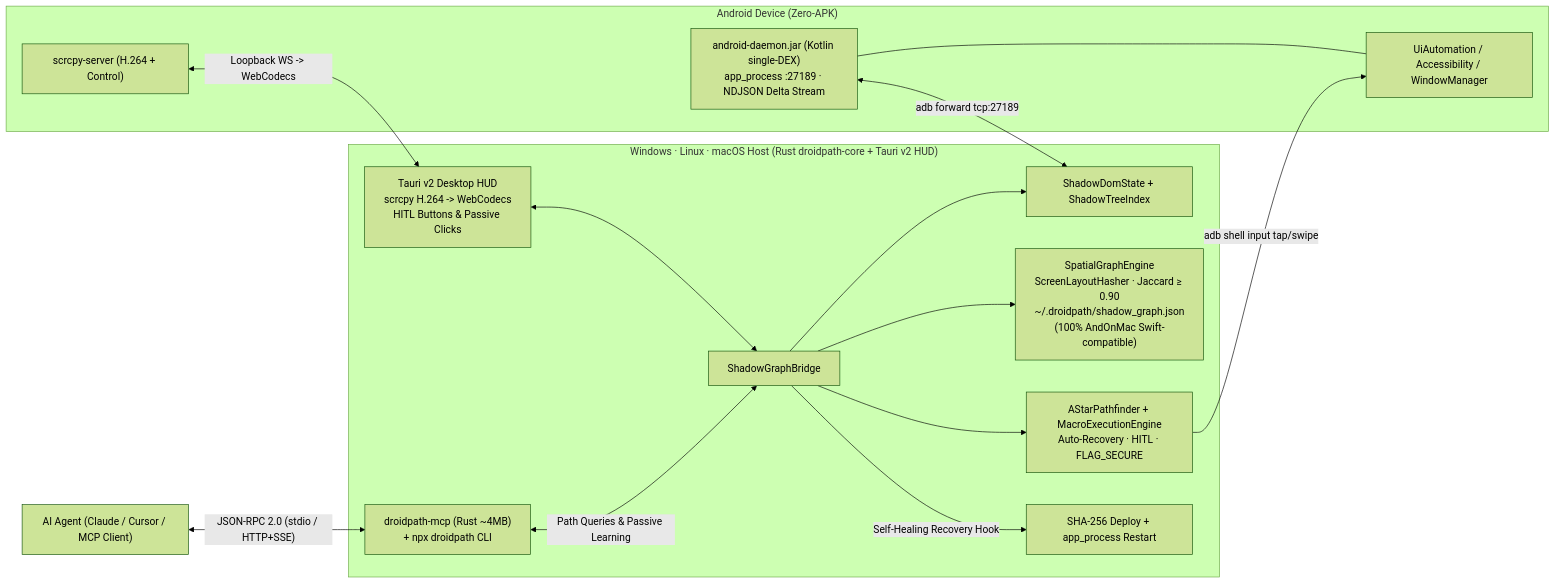
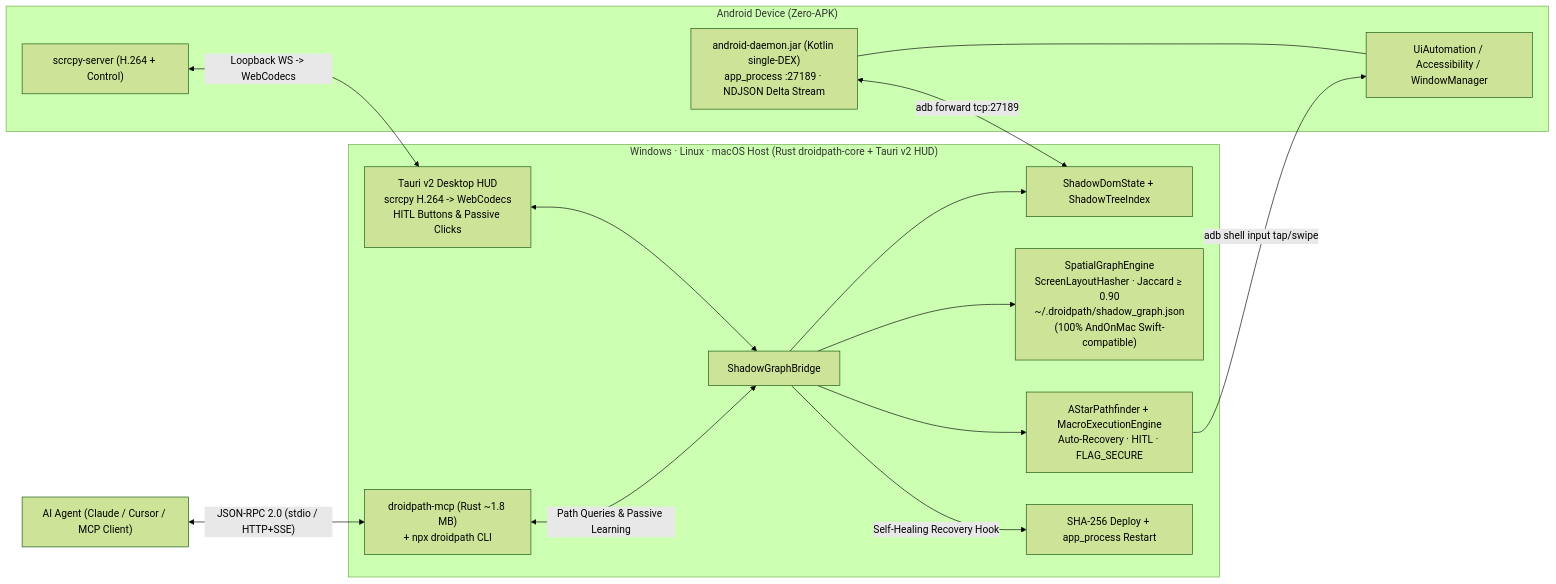
Before and after one commit to V0val0x/DroidPath: the diagram in README.md, drawn with Mermaid (forest theme). The commit also changed other lines of this file and 5 other files, not shown here.

````diff
--- a/README.md
+++ b/README.md
@@ -55,24 +55,24 @@
 ```mermaid
 flowchart LR
-    Agent["AI Agent (Claude / Cursor / MCP Client)"] <-->|"JSON-RPC 2.0 (stdio / HTTP+SSE)"| CLI["droidpath-mcp (Rust ~4MB)\n+ npx droidpath CLI"]
+    Agent["AI Agent (Claude / Cursor / MCP Client)"] <-->|"JSON-RPC 2.0 (stdio / HTTP+SSE)"| CLI["droidpath-mcp (Rust ~1.8 MB)\n+ npx droidpath CLI"]
 
     subgraph Host["Windows · Linux · macOS Host (Rust droidpath-core + Tauri v2 HUD)"]
         CLI <-->|"Path Queries & Passive Learning"| Bridge["ShadowGraphBridge"]
         HUD["Tauri v2 Desktop HUD\nscrcpy H.264 -> WebCodecs\nHITL Buttons & Passive Clicks"] <--> Bridge
         Bridge --> DOM["ShadowDomState + ShadowTreeIndex"]
         Bridge --> Graph["SpatialGraphEngine\nScreenLayoutHasher · Jaccard ≥ 0.90\n~/.droidpath/shadow_graph.json\n(100% AndOnMac Swift-compatible)"]
         Bridge --> AStar["AStarPathfinder + MacroExecutionEngine\nAuto-Recovery · HITL · FLAG_SECURE"]
         Bridge -->|"Self-Healing Recovery Hook"| Recovery["SHA-256 Deploy + app_process Restart"]
     end
 
     subgraph Android["Android Device (Zero-APK)"]
         Daemon["android-daemon.jar (Kotlin single-DEX)\napp_process :27189 · NDJSON Delta Stream"]
         Scrcpy["scrcpy-server (H.264 + Control)"]
         Sys["UiAutomation / Accessibility / WindowManager"]
     end
 
     Daemon <-->|"adb forward tcp:27189"| DOM
     Scrcpy <-->|"Loopback WS -> WebCodecs"| HUD
     AStar -->|"adb shell input tap/swipe"| Sys
     Daemon --- Sys
 ```
````
